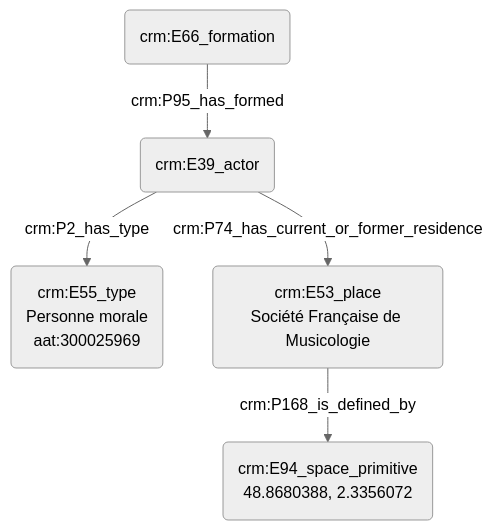
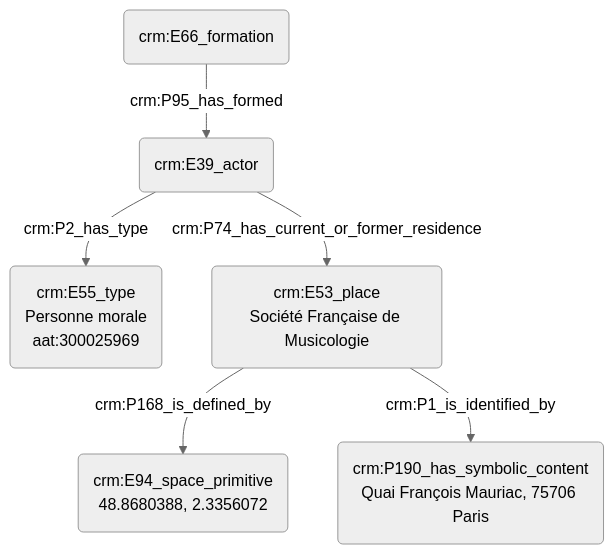
The diagram in modules/livrables/Dossier 2/Indexation conceptuelle/désignation d'une personne morale.md (Amleth/consortium-musica2-gt2-ontologies), drawn with Mermaid (neutral theme) before and after one commit.

Commit message:
Update désignation d'une personne morale.md

````diff
--- a/modules/livrables/Dossier 2/Indexation conceptuelle/désignation d'une personne morale.md
+++ b/modules/livrables/Dossier 2/Indexation conceptuelle/désignation d'une personne morale.md
@@ -11,10 +11,11 @@
 ```mermaid
 graph TD;
 
 A(crm:E39_actor) --> |crm:P2_has_type| B(crm:E55_type<br>Personne morale<br>aat:300025969)
 C(crm:E66_formation) --> |crm:P95_has_formed| A(crm:E39_actor)
 A(crm:E39_actor) -->|crm:P74_has_current_or_former_residence| D(crm:E53_place<br>Société Française de Musicologie)
 D(crm:E53_place<br>Société Française de Musicologie) --> |crm:P168_is_defined_by| E(crm:E94_space_primitive<br>48.8680388, 2.3356072)
+D(crm:E53_place<br>Société Française de Musicologie) --> |crm:P1_is_identified_by| F(crm:P190_has_symbolic_content<br>Quai François Mauriac, 75706 Paris)
 
 
 ```
````
